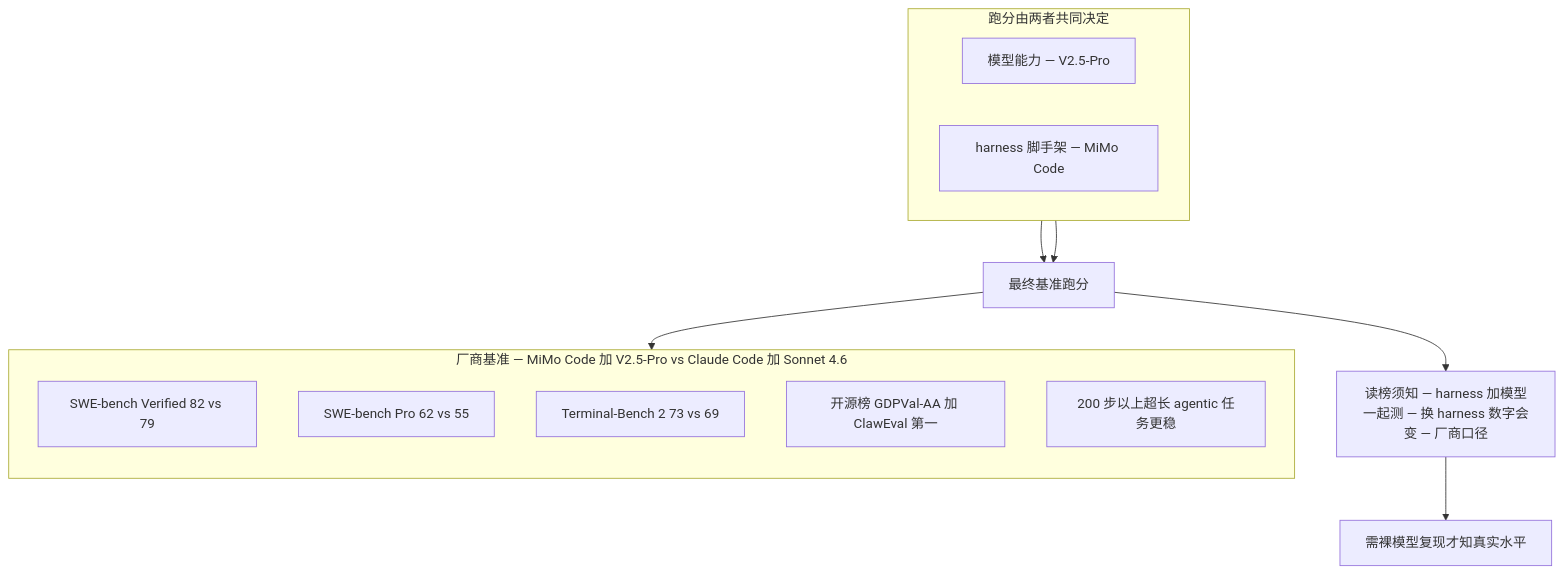
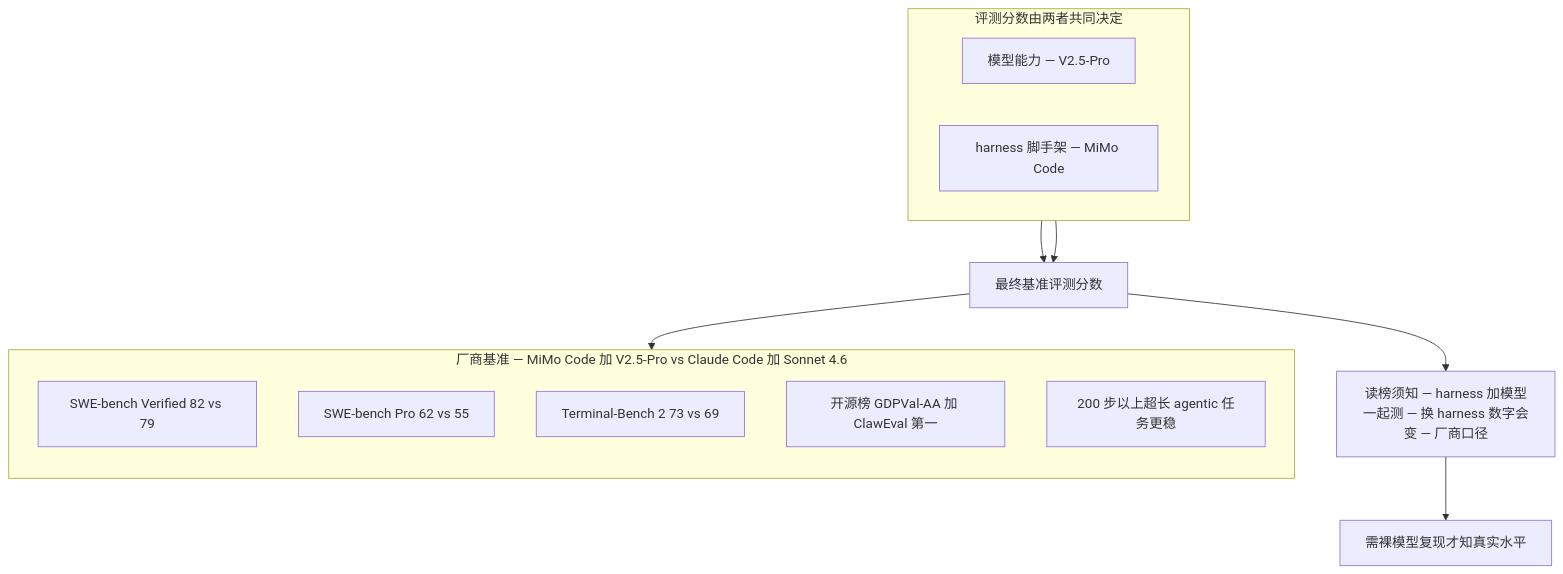
Before and after one commit to lloo099/mission44: the fourth of 4 diagrams in docs/blog/dispatch-07-mimo-v2-5.md, drawn with Mermaid. The commit also changed other lines of this file and 22 other files, not shown here.

````diff
--- a/docs/blog/dispatch-07-mimo-v2-5.md
+++ b/docs/blog/dispatch-07-mimo-v2-5.md
@@ -130,21 +130,21 @@
 ```mermaid
 flowchart TB
-  subgraph SCORE ["跑分由两者共同决定"]
+  subgraph SCORE ["评测分数由两者共同决定"]
     direction LR
     MODEL["模型能力 — V2.5-Pro"]
     HARNESS["harness 脚手架 — MiMo Code"]
   end
-  MODEL --> RUN["最终基准跑分"]
+  MODEL --> RUN["最终基准评测分数"]
   HARNESS --> RUN
   RUN --> WARN["读榜须知 — harness 加模型一起测 — 换 harness 数字会变 — 厂商口径"]
   WARN --> REPRO["需裸模型复现才知真实水平"]
   subgraph BENCH ["厂商基准 — MiMo Code 加 V2.5-Pro vs Claude Code 加 Sonnet 4.6"]
     direction TB
     B1["SWE-bench Verified 82 vs 79"]
     B2["SWE-bench Pro 62 vs 55"]
     B3["Terminal-Bench 2 73 vs 69"]
     B4["开源榜 GDPVal-AA 加 ClawEval 第一"]
     B5["200 步以上超长 agentic 任务更稳"]
   end
   RUN --> BENCH
 ```
````
